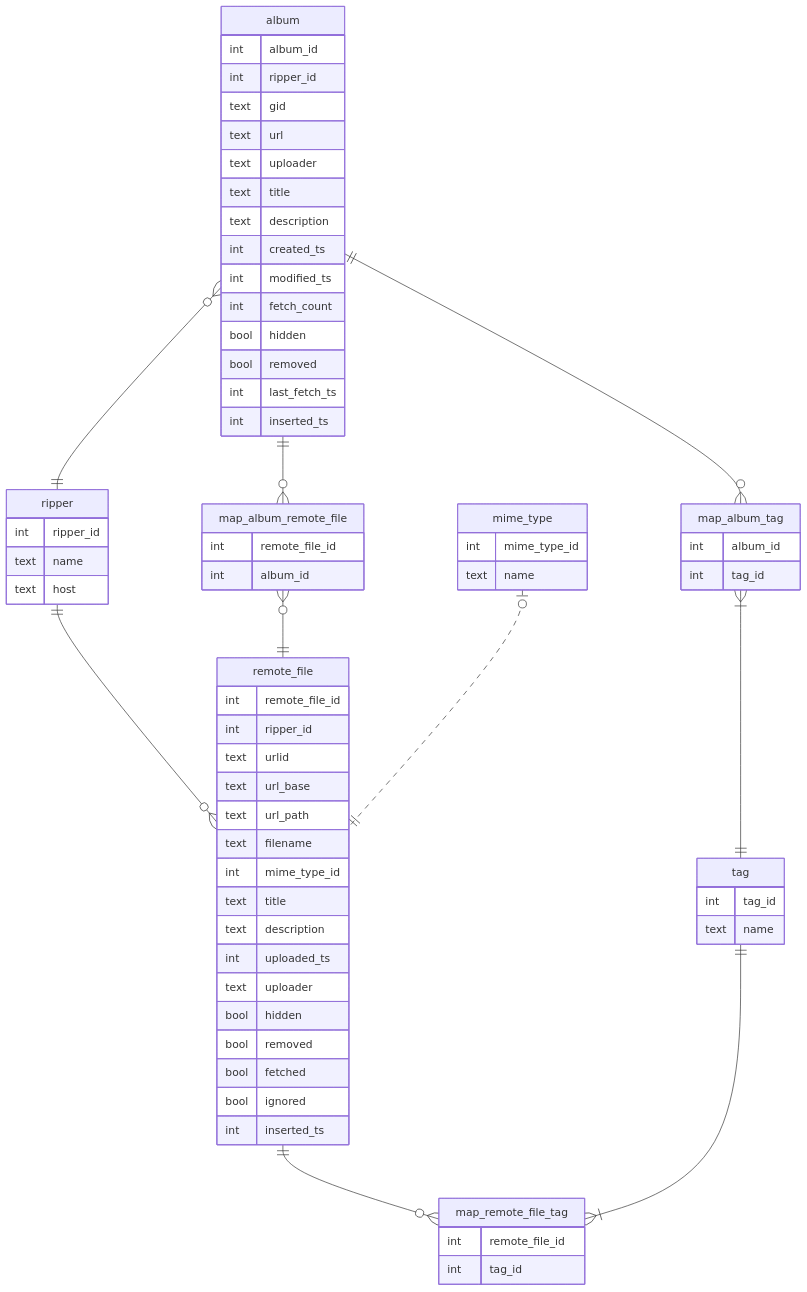
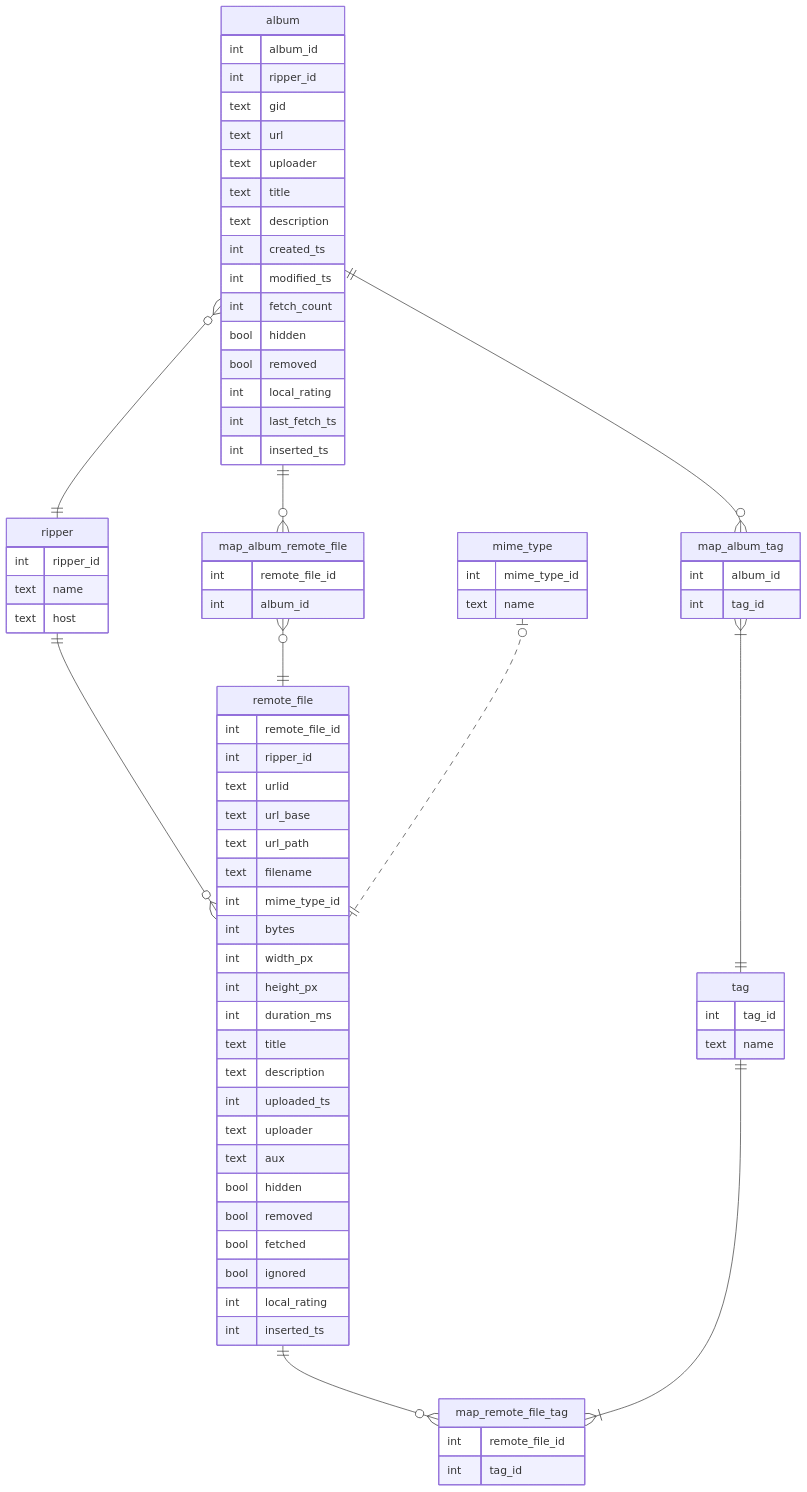
One commit to RipMeApp3/ripme changed the diagram in docs/developing.md. Above: the diagram before and after it, drawn with Mermaid. The commit also changed 2 other files, not shown here.

````diff
--- a/docs/developing.md
+++ b/docs/developing.md
@@ -70,72 +70,79 @@
 ```mermaid
 erDiagram
     album {
         int album_id
         int ripper_id
         text gid
         text url
         text uploader
         text title
         text description
         int created_ts
         int modified_ts
         int fetch_count
         bool hidden
         bool removed
+        int local_rating
         int last_fetch_ts
         int inserted_ts
     }
     map_album_remote_file {
         int remote_file_id
         int album_id
     }
     remote_file {
         int remote_file_id
         int ripper_id
         text urlid
         text url_base
         text url_path
         text filename
         int mime_type_id
+        int bytes
+        int width_px
+        int height_px
+        int duration_ms
         text title
         text description
         int uploaded_ts
         text uploader
+        text aux
         bool hidden
         bool removed
         bool fetched
         bool ignored
+        int local_rating
         int inserted_ts
     }
     map_album_tag {
         int album_id
         int tag_id
     }
     map_remote_file_tag {
         int remote_file_id
         int tag_id
     }
     mime_type {
         int mime_type_id
         text name
     }
     ripper {
         int ripper_id
         text name
         text host
     }
     tag {
         int tag_id
         text name
     }
 
     album                 }o--|| ripper                : ""
     ripper                ||--o{ remote_file           : ""
     album                 ||--o{ map_album_remote_file : ""
     map_album_remote_file }o--|| remote_file           : ""
     mime_type             |o..|| remote_file           : ""
     album                 ||--o{ map_album_tag         : ""
     map_album_tag         }|--|| tag                   : ""
     remote_file           ||--o{ map_remote_file_tag   : ""
     tag                   ||--|{ map_remote_file_tag   : ""
 ```
````
